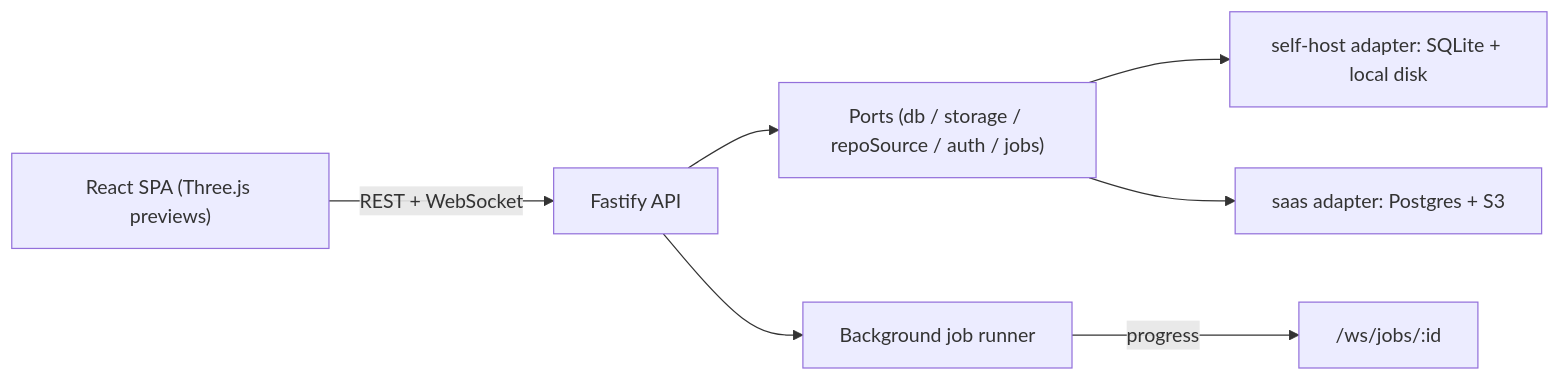
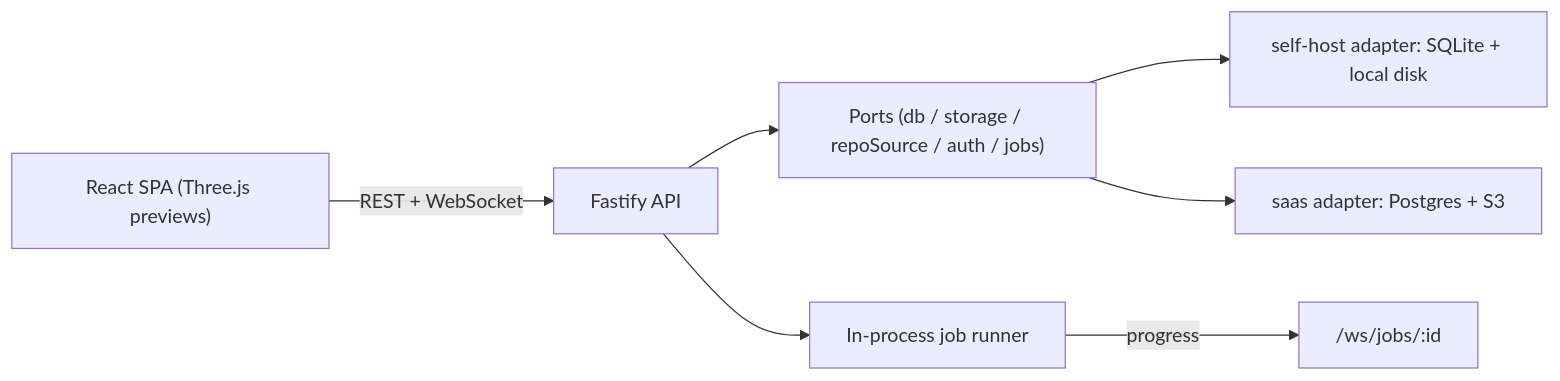
Before and after one commit to poitee/PrintPartnerPartner: the first of 4 diagrams in docs/ARCHITECTURE.md, drawn with Mermaid. The commit also changed other lines of this file and 740 other files, not shown here.

````diff
--- a/docs/ARCHITECTURE.md
+++ b/docs/ARCHITECTURE.md
@@ -18,9 +18,9 @@
 ```mermaid
 flowchart LR
   Browser["React SPA (Three.js previews)"] -->|REST + WebSocket| API["Fastify API"]
   API --> Ports["Ports (db / storage / repoSource / auth / jobs)"]
   Ports --> SelfHost["self-host adapter: SQLite + local disk"]
   Ports --> Saas["saas adapter: Postgres + S3"]
-  API --> Jobs["Background job runner"]
+  API --> Jobs["In-process job runner"]
   Jobs -->|progress| WS["/ws/jobs/:id"]
 ```
````
